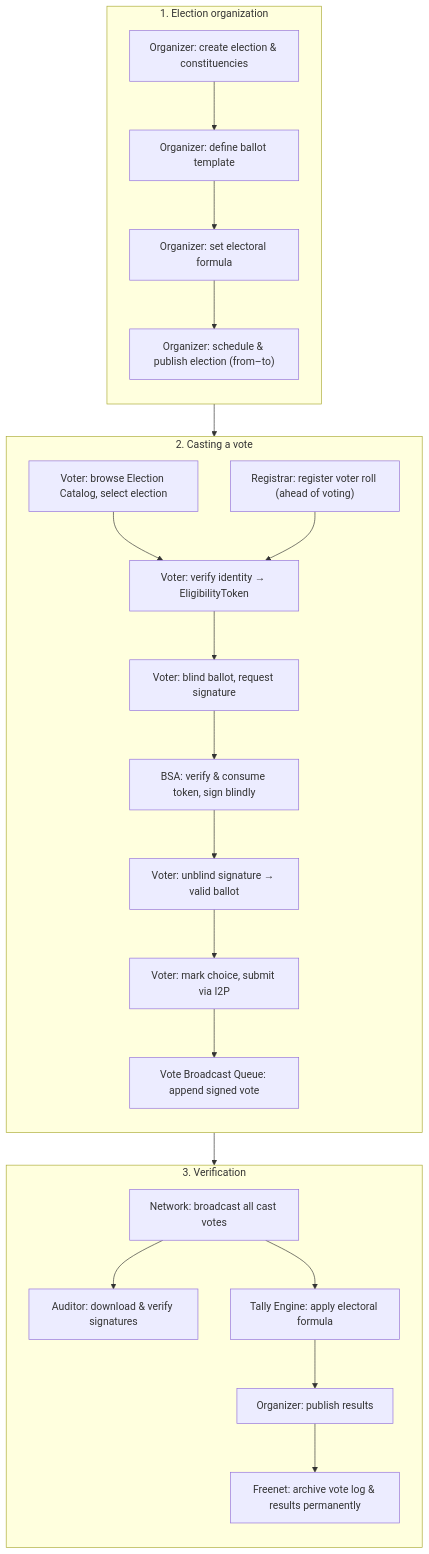
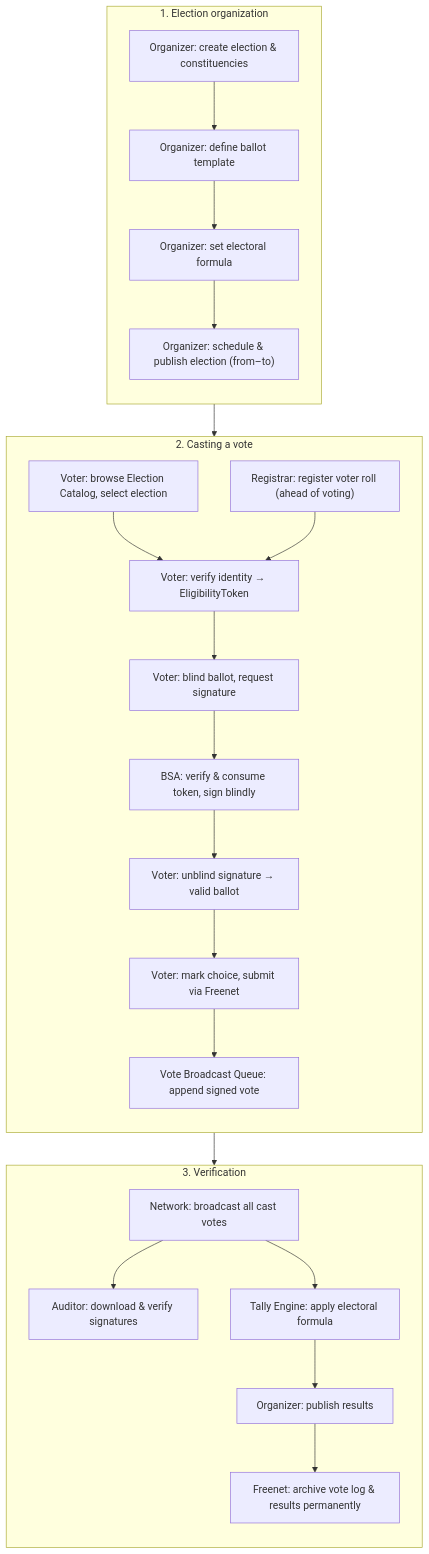
The third of 3 diagrams in src/content/docs/architecture.md (Suffragio/suffragio-spec), drawn with Mermaid before and after one commit. The commit also changed other lines of this file and 5 other files, not shown here.

````diff
--- a/src/content/docs/architecture.md
+++ b/src/content/docs/architecture.md
@@ -224,39 +220,39 @@
 ```mermaid
 flowchart TD
     subgraph Phase1["1. Election organization"]
         direction TB
         A1["Organizer: create election &amp; constituencies"]
         A2["Organizer: define ballot template"]
         A3["Organizer: set electoral formula"]
         A4["Organizer: schedule &amp; publish election (from–to)"]
         A1 --> A2 --> A3 --> A4
     end
 
     subgraph Phase2["2. Casting a vote"]
         direction TB
         B0["Voter: browse Election Catalog, select election"]
         B1["Registrar: register voter roll (ahead of voting)"]
         B2["Voter: verify identity → EligibilityToken"]
         B3["Voter: blind ballot, request signature"]
         B4["BSA: verify &amp; consume token, sign blindly"]
         B5["Voter: unblind signature → valid ballot"]
-        B6["Voter: mark choice, submit via I2P"]
+        B6["Voter: mark choice, submit via Freenet"]
         B7["Vote Broadcast Queue: append signed vote"]
         B0 --> B2
         B1 --> B2
         B2 --> B3 --> B4 --> B5 --> B6 --> B7
     end
 
     subgraph Phase3["3. Verification"]
         direction TB
         C1["Network: broadcast all cast votes"]
         C2["Auditor: download &amp; verify signatures"]
         C3["Tally Engine: apply electoral formula"]
         C4["Organizer: publish results"]
         C5["Freenet: archive vote log &amp; results permanently"]
         C1 --> C2
         C1 --> C3 --> C4 --> C5
     end
 
     Phase1 --> Phase2 --> Phase3
 ```
````
